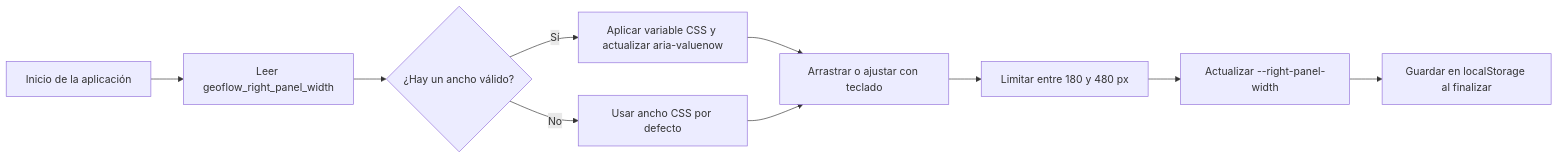
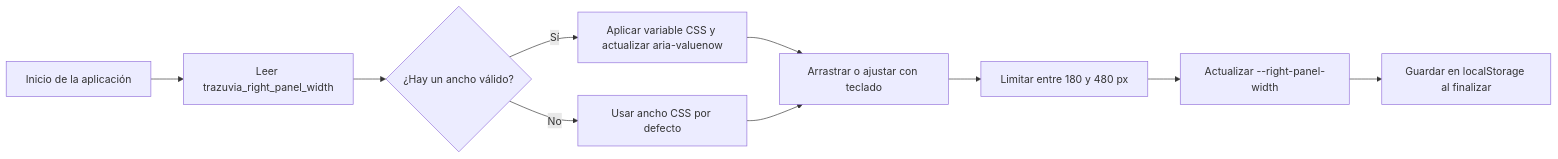
One commit to Isma115/OpenDesign changed the diagram in SDD_specs/specs/persistencia-panel-derecho.md. Above: the diagram before and after it, drawn with Mermaid. The commit also changed 58 other files, not shown here.

````diff
--- a/SDD_specs/specs/persistencia-panel-derecho.md
+++ b/SDD_specs/specs/persistencia-panel-derecho.md
@@ -3,12 +3,12 @@
 ```mermaid
 flowchart LR
-    A[Inicio de la aplicación] --> B[Leer geoflow_right_panel_width]
+    A[Inicio de la aplicación] --> B[Leer trazuvia_right_panel_width]
     B --> C{¿Hay un ancho válido?}
     C -->|Sí| D[Aplicar variable CSS y actualizar aria-valuenow]
     C -->|No| E[Usar ancho CSS por defecto]
     D --> F[Arrastrar o ajustar con teclado]
     E --> F
     F --> G[Limitar entre 180 y 480 px]
     G --> H[Actualizar --right-panel-width]
     H --> I[Guardar en localStorage al finalizar]
 ```
````
